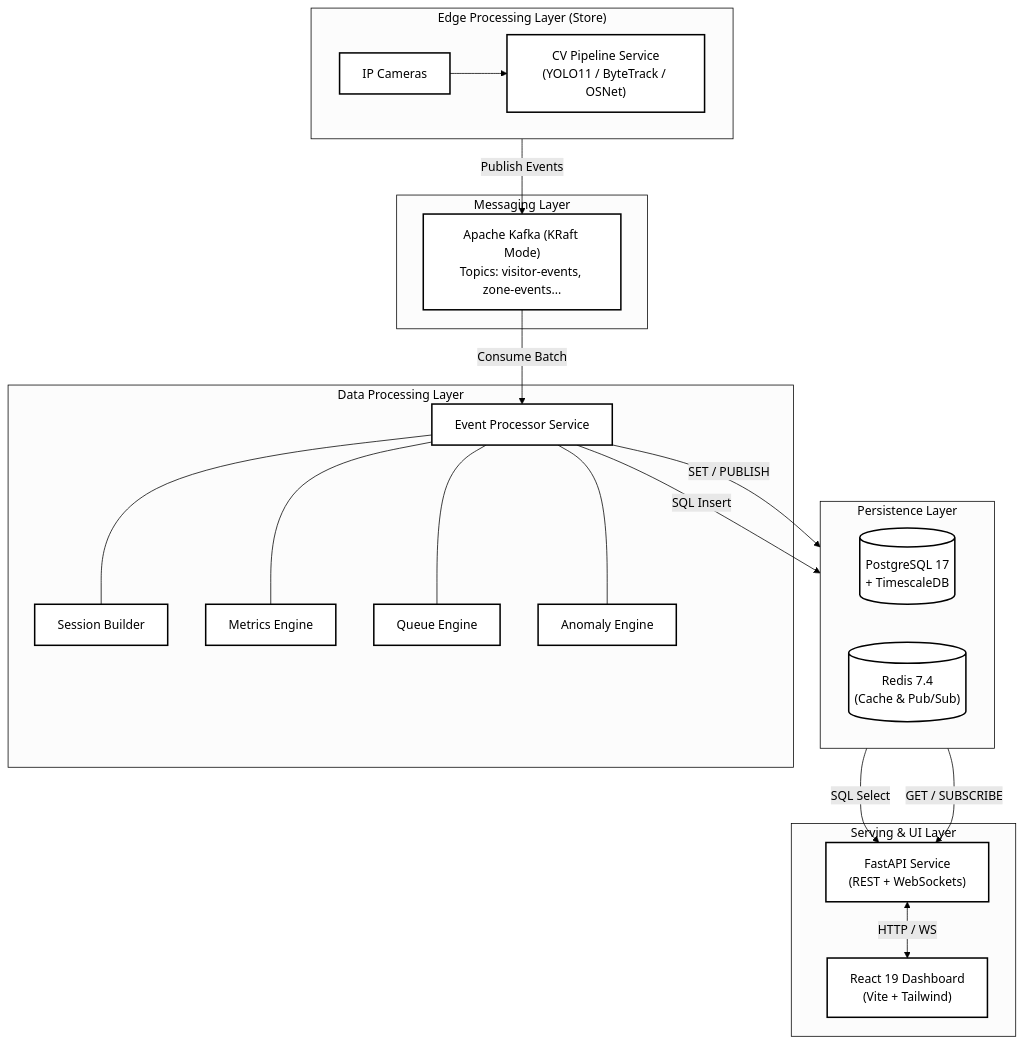
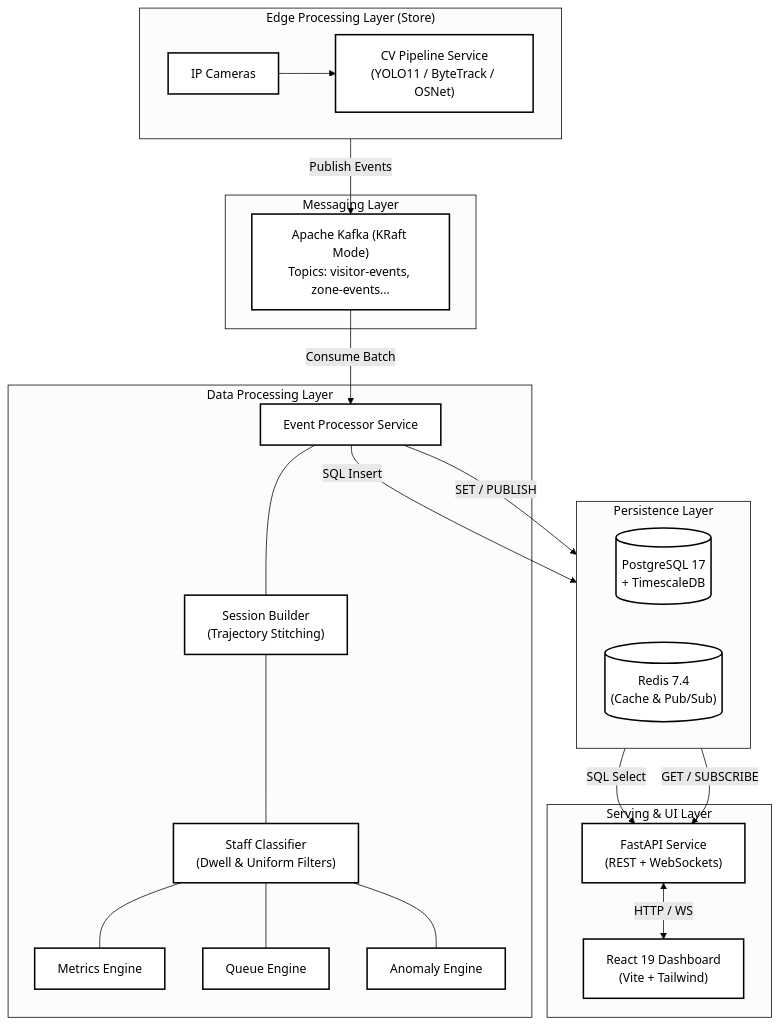
The second of 2 diagrams in README.md (Rajkaran-122/Skill_test), drawn with Mermaid (forest theme) before and after one commit. The commit also changed other lines of this file and 59 other files, not shown here.

Commit message:
Final Submission: Store Intelligence Platform Complete Architecture, Live CV Detection, and Documentation

````diff
--- a/README.md
+++ b/README.md
@@ -46,55 +46,57 @@
 ```mermaid
 graph TD
     classDef default fill:#ffffff,stroke:#000000,stroke-width:2px,color:#000000;
     classDef layer fill:#fcfcfc,stroke:#000000,stroke-width:1px,color:#000000;
     
     subgraph Edge["Edge Processing Layer (Store)"]
         direction LR
         CAM["IP Cameras"] --> CV["CV Pipeline Service<br/>(YOLO11 / ByteTrack / OSNet)"]
     end
     class Edge layer
 
     subgraph Messaging["Messaging Layer"]
         KAFKA["Apache Kafka (KRaft Mode)<br/>Topics: visitor-events, zone-events..."]
     end
     class Messaging layer
 
     subgraph Processing["Data Processing Layer"]
         EP["Event Processor Service"]
-        SE["Session Builder"]
+        SE["Session Builder<br/>(Trajectory Stitching)"]
+        SC["Staff Classifier<br/>(Dwell & Uniform Filters)"]
         ME["Metrics Engine"]
         QE["Queue Engine"]
         AE["Anomaly Engine"]
         
         EP --- SE
-        EP --- ME
-        EP --- QE
-        EP --- AE
+        SE --- SC
+        SC --- ME
+        SC --- QE
+        SC --- AE
     end
     class Processing layer
 
     subgraph Storage["Persistence Layer"]
         direction LR
         TS[("PostgreSQL 17<br/>+ TimescaleDB")]
         RD[("Redis 7.4<br/>(Cache & Pub/Sub)")]
     end
     class Storage layer
 
     subgraph Serving["Serving & UI Layer"]
         API["FastAPI Service<br/>(REST + WebSockets)"]
         DASH["React 19 Dashboard<br/>(Vite + Tailwind)"]
     end
     class Serving layer
 
     %% Connections
     CV -->|Publish Events| KAFKA
     KAFKA -->|Consume Batch| EP
     
     EP -->|SQL Insert| TS
     EP -->|SET / PUBLISH| RD
     
     TS -->|SQL Select| API
     RD -->|GET / SUBSCRIBE| API
     
     API <-->|HTTP / WS| DASH
 ```
````
